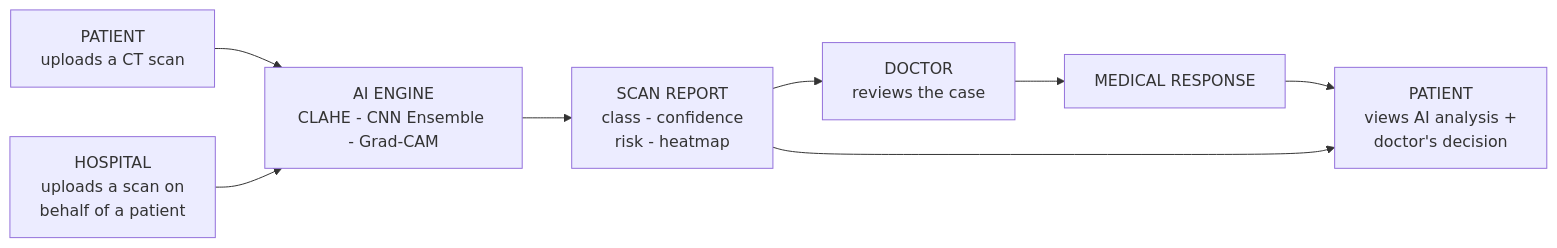
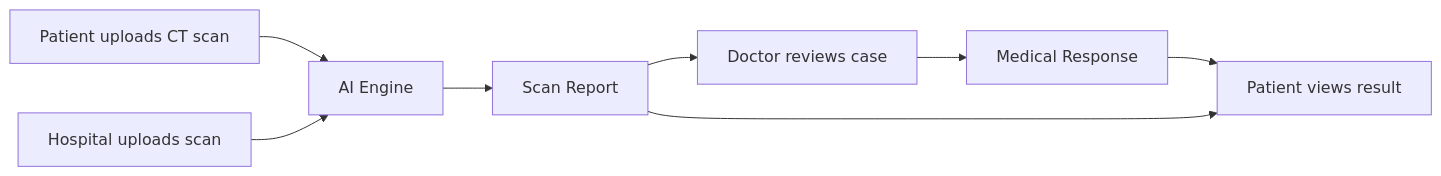
One commit to hagerbayoumi11/Sehtak-AI changed the diagram in README.md. Above: the diagram before and after it, drawn with Mermaid. The commit also changed other lines of this file, not shown here.

````diff
--- a/README.md
+++ b/README.md
@@ -50,10 +50,10 @@
 ```mermaid
 flowchart LR
-    P["PATIENT<br/>uploads a CT scan"] --> AI
-    H["HOSPITAL<br/>uploads a scan on<br/>behalf of a patient"] --> AI
-    AI["AI ENGINE<br/>CLAHE - CNN Ensemble - Grad-CAM"] --> REP["SCAN REPORT<br/>class - confidence<br/>risk - heatmap"]
-    REP --> D["DOCTOR<br/>reviews the case"]
-    D --> RES["MEDICAL RESPONSE"]
-    RES --> VIEW["PATIENT<br/>views AI analysis +<br/>doctor's decision"]
-    REP --> VIEW
+    P[Patient uploads CT scan] --> AI[AI Engine]
+    H[Hospital uploads scan] --> AI
+    AI --> REP[Scan Report]
+    REP --> D[Doctor reviews case]
+    D --> RES[Medical Response]
+    RES --> V[Patient views result]
+    REP --> V
 ```
````
